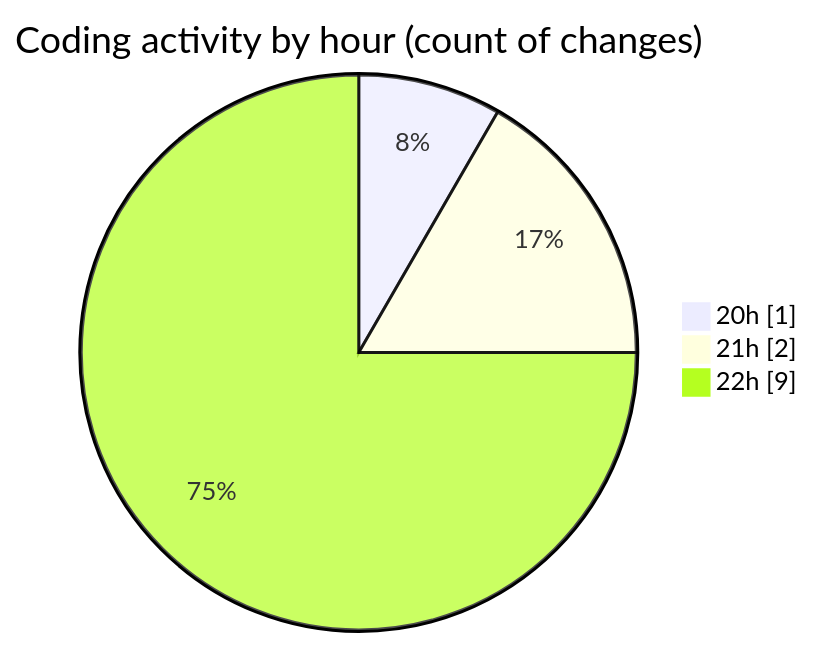
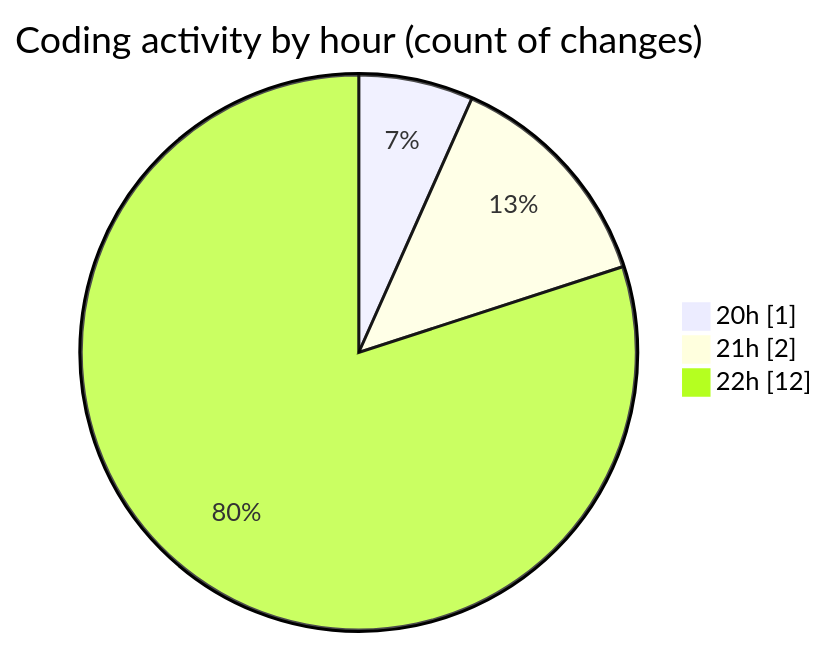
One commit to MatusMokan/code-tracking changed the second of 2 diagrams in 2025-02-18/myws__workspace_/README.md. Above: the diagram before and after it, drawn with Mermaid. The commit also changed other lines of this file and 1 other file, not shown here.

````diff
--- a/2025-02-18/myws__workspace_/README.md
+++ b/2025-02-18/myws__workspace_/README.md
@@ -33,7 +36,7 @@
 ```mermaid
 pie showData
 title Coding activity by hour (count of changes)
 "20h" : 1
 "21h" : 2
-"22h" : 9
+"22h" : 12
 ```
````
